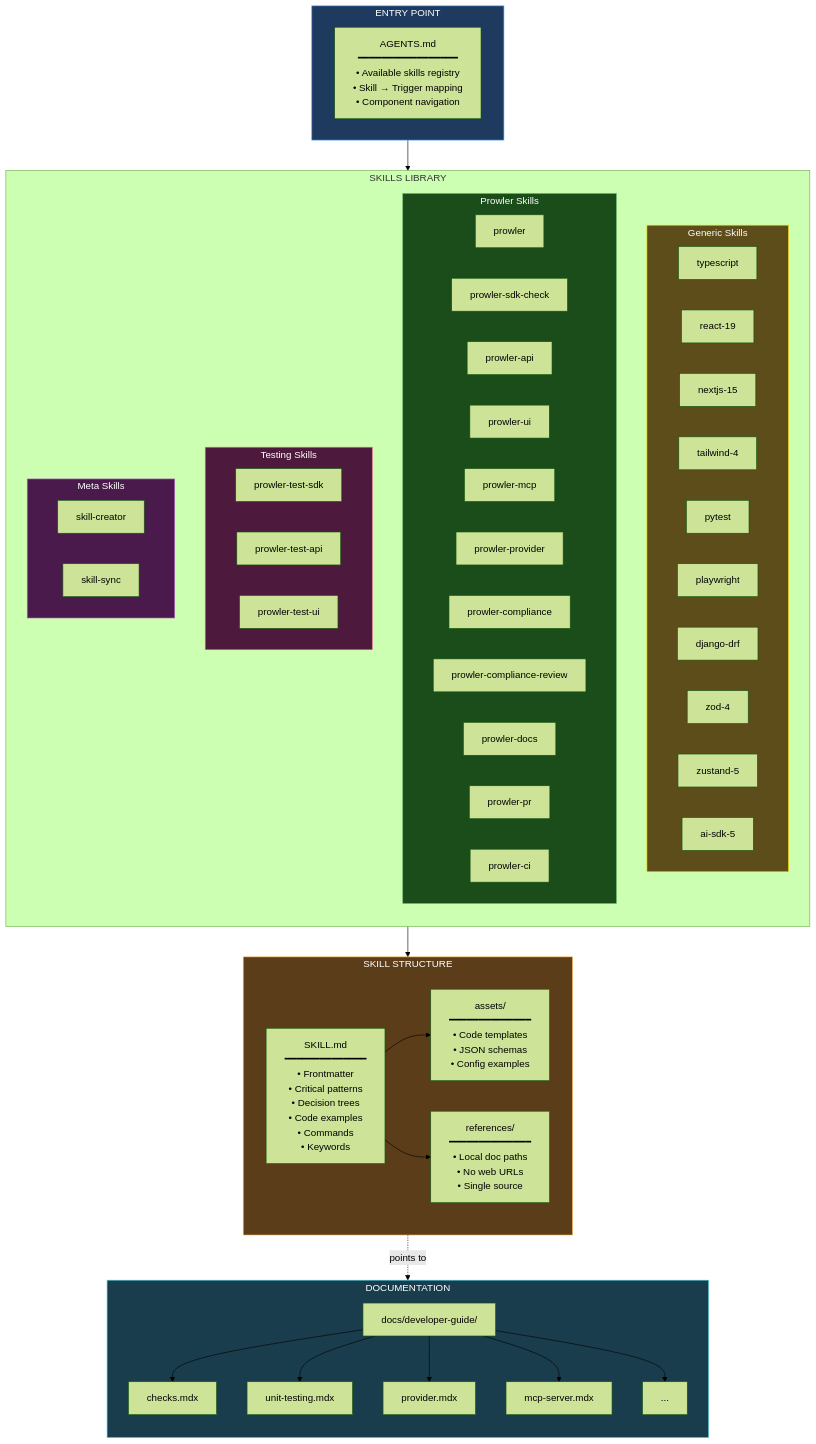
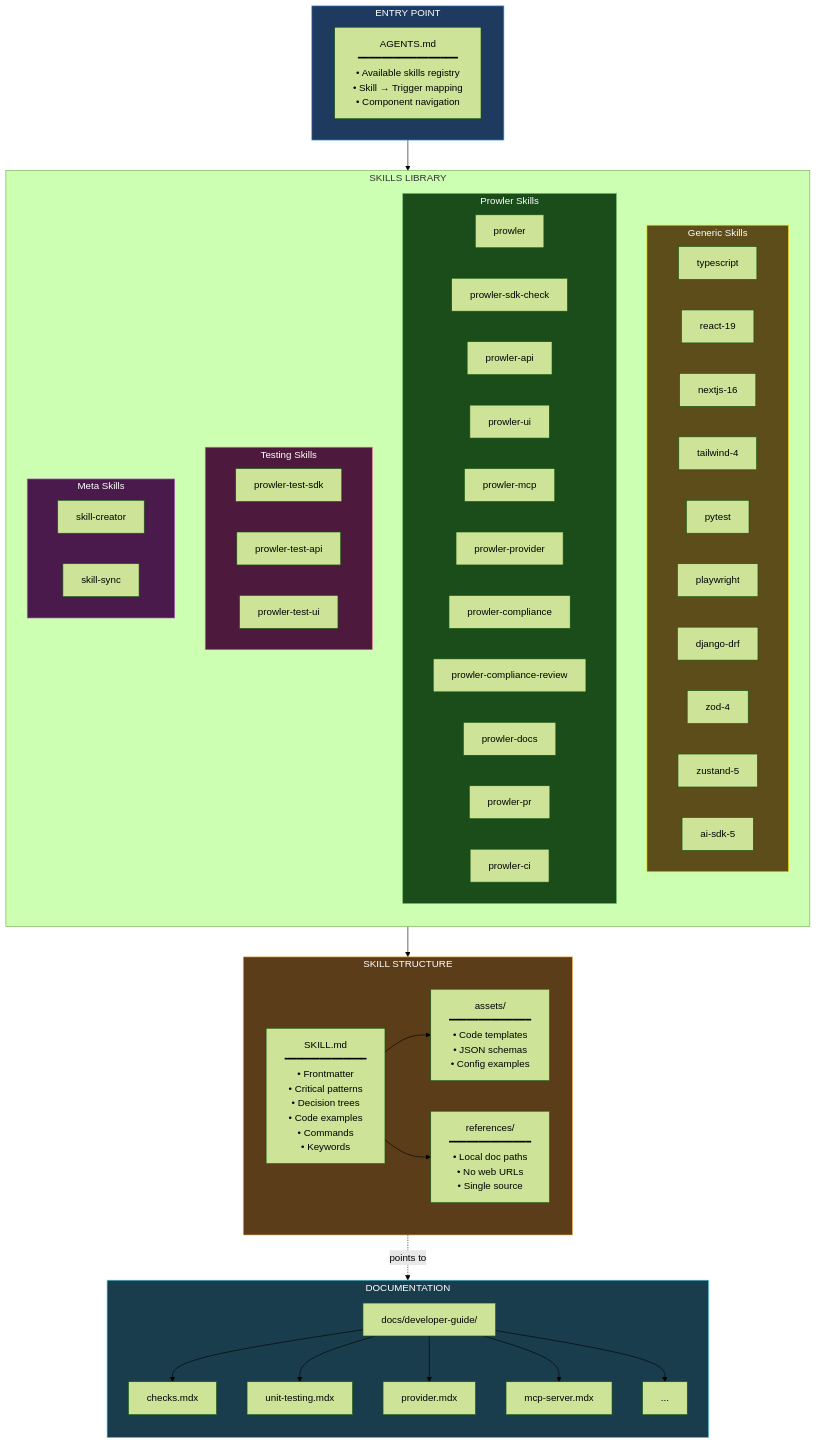
Before and after one commit to prowler-cloud/prowler: the fourth of 4 diagrams in docs/developer-guide/ai-skills.mdx, drawn with Mermaid (forest theme). The commit also changed other lines of this file, not shown here.

```diff
--- a/docs/developer-guide/ai-skills.mdx
+++ b/docs/developer-guide/ai-skills.mdx
@@ -110,7 +180,7 @@
         subgraph GENERIC["Generic Skills"]
             G1["typescript"]
             G2["react-19"]
-            G3["nextjs-15"]
+            G3["nextjs-16"]
             G4["tailwind-4"]
             G5["pytest"]
             G6["playwright"]
```
